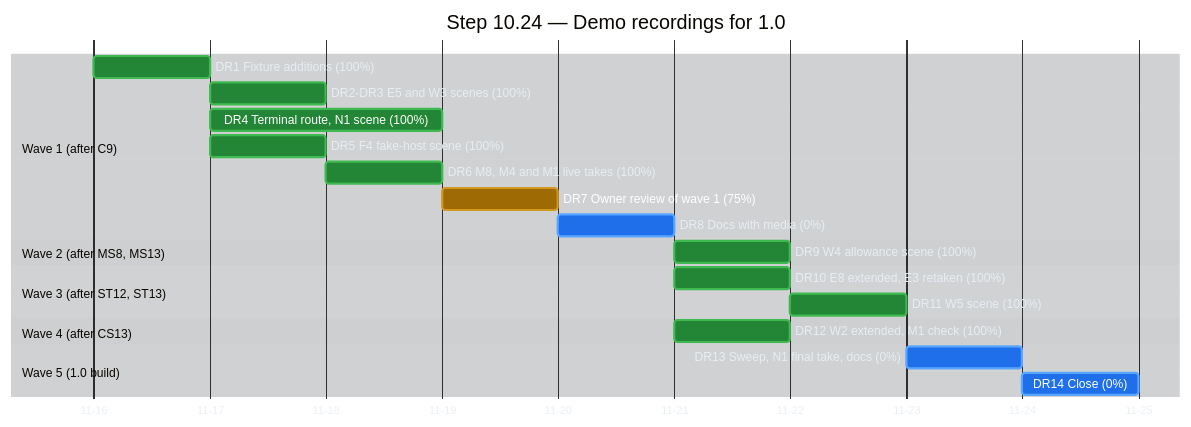
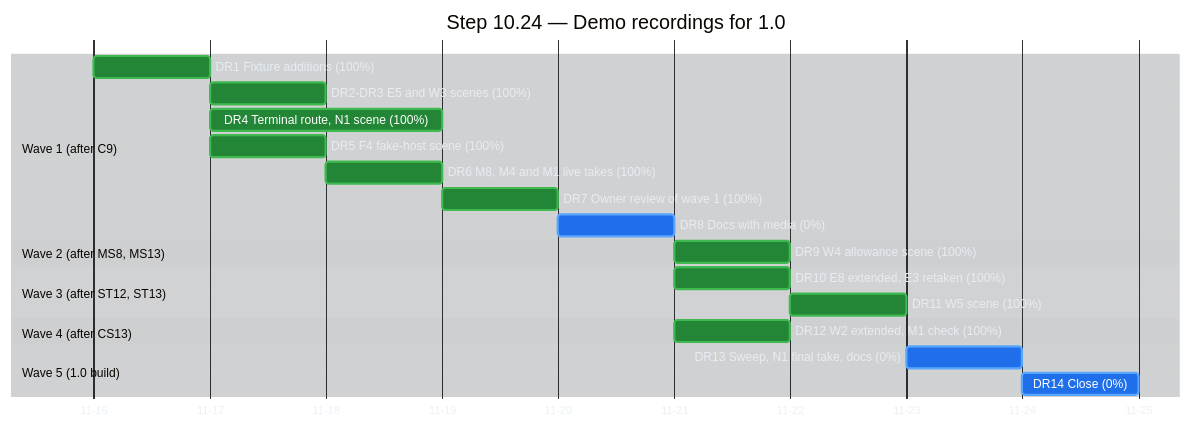
One commit to raulkivi/agent-cost-analyzer changed the third of 6 diagrams in docs/implementation-plan-gantt.md. Above: the diagram before and after it, drawn with Mermaid. The commit also changed other lines of this file and 4 other files, not shown here.

````diff
--- a/docs/implementation-plan-gantt.md
+++ b/docs/implementation-plan-gantt.md
@@ -224,57 +224,57 @@
 ```mermaid
 %%{init: {
   "theme": "base",
   "themeVariables": {
     "darkMode": true,
     "background": "#0d1117",
     "textColor": "#e6edf3",
     "primaryTextColor": "#e6edf3",
     "lineColor": "#8b949e",
     "sectionBkgColor": "#161b22",
     "sectionBkgColor2": "#1c2129",
     "altSectionBkgColor": "#0d1117",
     "gridColor": "#30363d",
     "excludeBkgColor": "#161b22",
     "todayLineColor": "#f85149",
     "taskBkgColor": "#1f6feb",
     "taskBorderColor": "#58a6ff",
     "taskTextColor": "#ffffff",
     "taskTextLightColor": "#ffffff",
     "taskTextDarkColor": "#ffffff",
     "taskTextOutsideColor": "#e6edf3",
     "doneTaskBkgColor": "#238636",
     "doneTaskBorderColor": "#3fb950",
     "activeTaskBkgColor": "#9e6a03",
     "activeTaskBorderColor": "#d29922",
     "critBkgColor": "#da3633",
     "critBorderColor": "#f85149"
   }
 }}%%
 gantt
     title Step 10.24 — Demo recordings for 1.0
     dateFormat YYYY-MM-DD
     axisFormat %m-%d
 
     section Wave 1 (after C9)
     DR1 Fixture additions (100%)              :done, d241, 2026-11-16, 1d
     DR2-DR3 E5 and W3 scenes (100%)           :done, d242, after d241, 1d
     DR4 Terminal route, N1 scene (100%)       :done, d244, after d241, 2d
     DR5 F4 fake-host scene (100%)             :done, d245, after d241, 1d
     DR6 M8, M4 and M1 live takes (100%)       :done, d246, after d245, 1d
-    DR7 Owner review of wave 1 (75%)          :active, d247, after d244 d246, 1d
+    DR7 Owner review of wave 1 (100%)         :done, d247, after d244 d246, 1d
     DR8 Docs with media (0%)                  :d248, after d247, 1d
 
     section Wave 2 (after MS8, MS13)
     DR9 W4 allowance scene (100%)             :done, d249, after d248, 1d
 
     section Wave 3 (after ST12, ST13)
     DR10 E8 extended, E3 retaken (100%)       :done, d2410, after d248, 1d
     DR11 W5 scene (100%)                      :done, d2411, after d2410, 1d
 
     section Wave 4 (after CS13)
     DR12 W2 extended, M1 check (100%)         :done, d2412, after d248, 1d
 
     section Wave 5 (1.0 build)
     DR13 Sweep, N1 final take, docs (0%)      :d2413, after d249 d2411 d2412, 1d
     DR14 Close (0%)                           :d2414, after d2413, 1d
 ```
````
